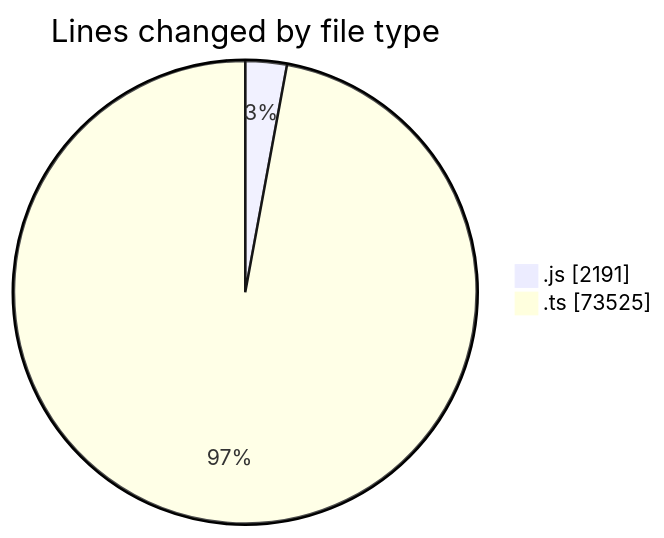
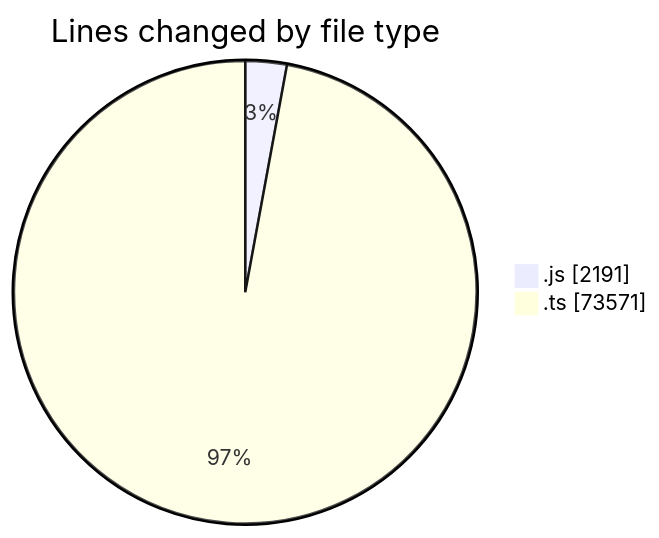
Before and after one commit to momahboobian/code-tracking: the first of 2 diagrams in 2025-06-19/cda/README.md, drawn with Mermaid. The commit also changed other lines of this file and 1 other file, not shown here.

````diff
--- a/2025-06-19/cda/README.md
+++ b/2025-06-19/cda/README.md
@@ -41,6 +41,6 @@
 ```mermaid
 pie showData
 title Lines changed by file type
 ".js" : 2191
-".ts" : 73525
+".ts" : 73571
 ```
````
